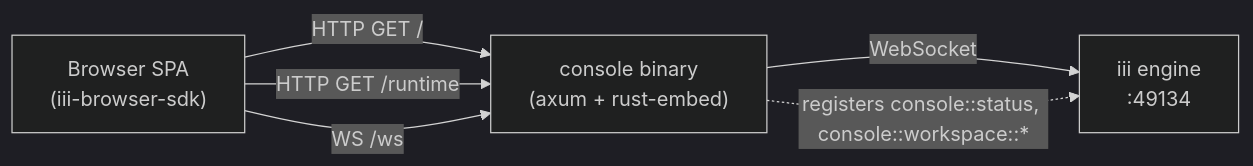
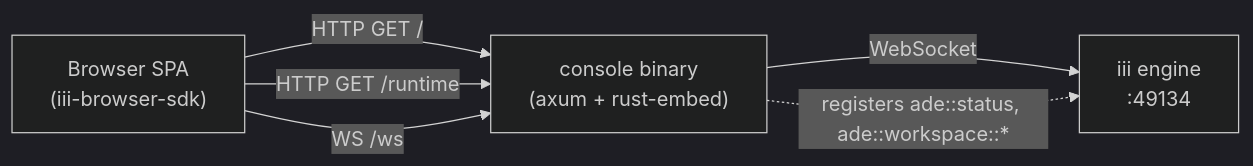
One commit to iii-hq/workers changed the diagram in ade/README.md. Above: the diagram before and after it, drawn with Mermaid (dark theme). The commit also changed other lines of this file and 125 other files, not shown here.

First line of the commit message:
refactor(ade)!: rename console functions to ade namespace (MOT-5611) (#1628)

````diff
--- a/ade/README.md
+++ b/ade/README.md
@@ -246,8 +249,8 @@
 ```mermaid
 flowchart LR
     Browser["Browser SPA<br/>(iii-browser-sdk)"] -->|"HTTP GET /"| Console
     Browser -->|"HTTP GET /runtime"| Console
     Browser -->|"WS /ws"| Console
     Console["console binary<br/>(axum + rust-embed)"] -->|"WebSocket"| Engine["iii engine<br/>:49134"]
-    Console -. "registers console::status, console::workspace::*" .-> Engine
+    Console -. "registers ade::status, ade::workspace::*" .-> Engine
 ```
````
